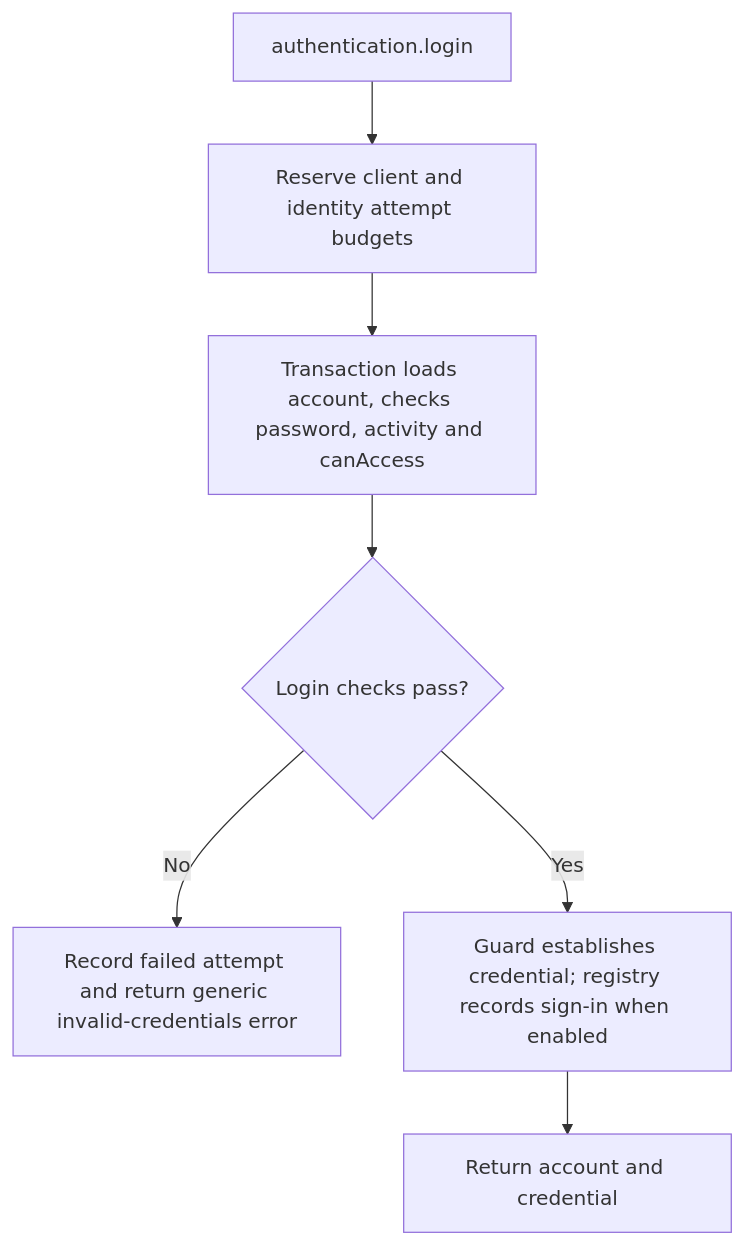
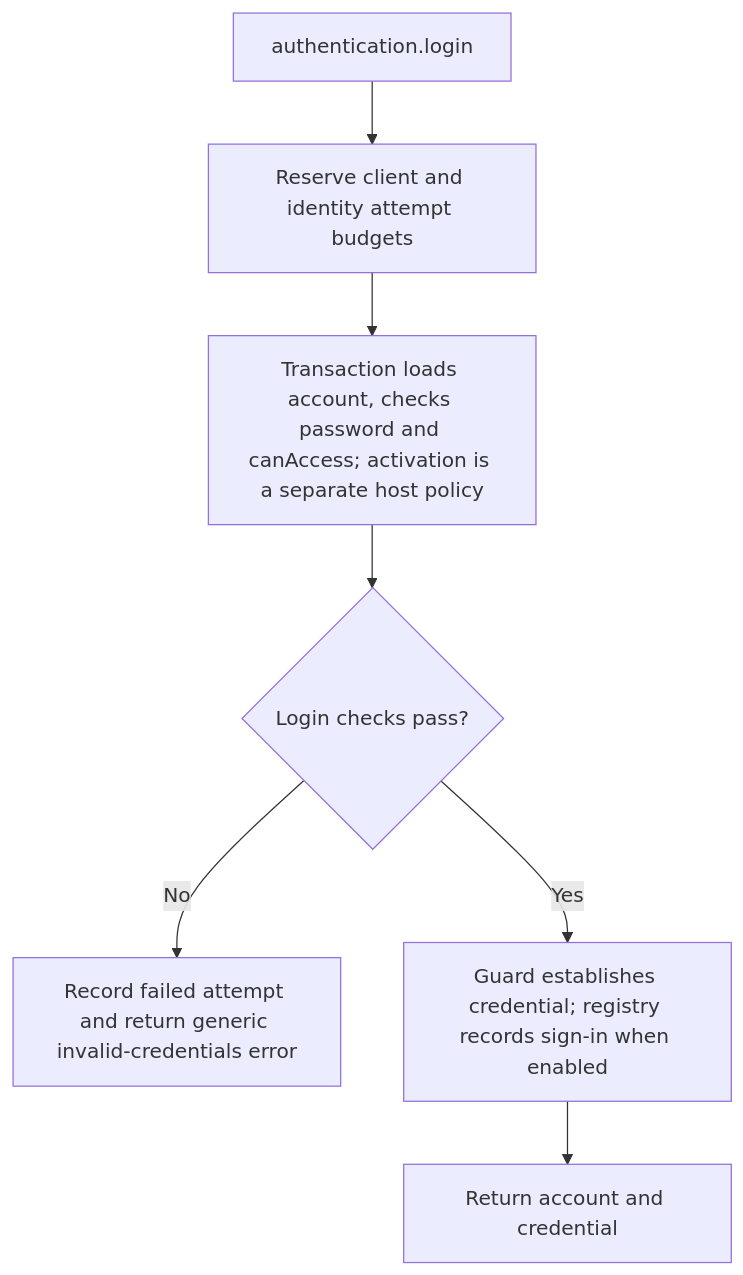
One commit to Kevinjohn/oss-adonisjs-account-kit changed the second of 2 diagrams in user-stories/US-ACCOUNT-03-sign-in.md. Above: the diagram before and after it, drawn with Mermaid. The commit also changed other lines of this file and 17 other files, not shown here.

````diff
--- a/user-stories/US-ACCOUNT-03-sign-in.md
+++ b/user-stories/US-ACCOUNT-03-sign-in.md
@@ -30,9 +30,9 @@
 ```mermaid
 flowchart TD
  A["authentication.login"] --> B["Reserve client and identity attempt budgets"]
- B --> C["Transaction loads account, checks password, activity and canAccess"]
+ B --> C["Transaction loads account, checks password and canAccess; activation is a separate host policy"]
  C --> D{"Login checks pass?"}
  D -->|No| E["Record failed attempt and return generic invalid-credentials error"]
  D -->|Yes| F["Guard establishes credential; registry records sign-in when enabled"]
  F --> G["Return account and credential"]
 ```
````
